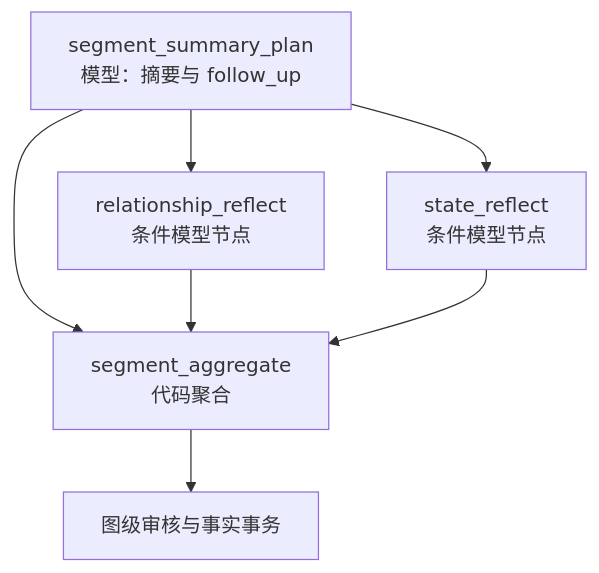
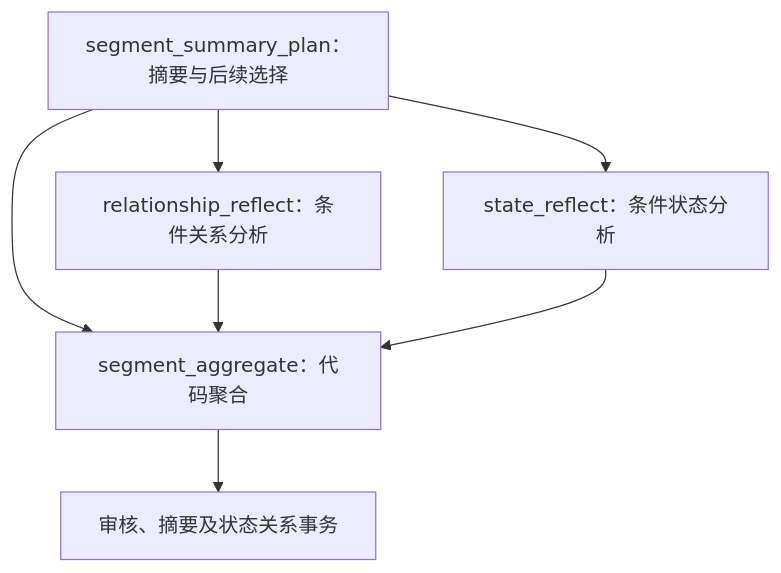
One commit to Weilan0811/echo-commons changed the diagram in server/docs/design/reflection/segment-reflect.md. Above: the diagram before and after it, drawn with Mermaid. The commit also changed other lines of this file and 25 other files, not shown here.

````diff
--- a/server/docs/design/reflection/segment-reflect.md
+++ b/server/docs/design/reflection/segment-reflect.md
@@ -11,9 +13,9 @@
 ```mermaid
 flowchart TD
-  S[segment_summary_plan<br/>模型：摘要与 follow_up] --> R[relationship_reflect<br/>条件模型节点]
-  S --> T[state_reflect<br/>条件模型节点]
-  S --> A[segment_aggregate<br/>代码聚合]
-  R --> A
-  T --> A
-  A --> Review[图级审核与事实事务]
+    S[segment_summary_plan：摘要与后续选择] --> R[relationship_reflect：条件关系分析]
+    S --> T[state_reflect：条件状态分析]
+    S --> A[segment_aggregate：代码聚合]
+    R --> A
+    T --> A
+    A --> W[审核、摘要及状态关系事务]
 ```
````
